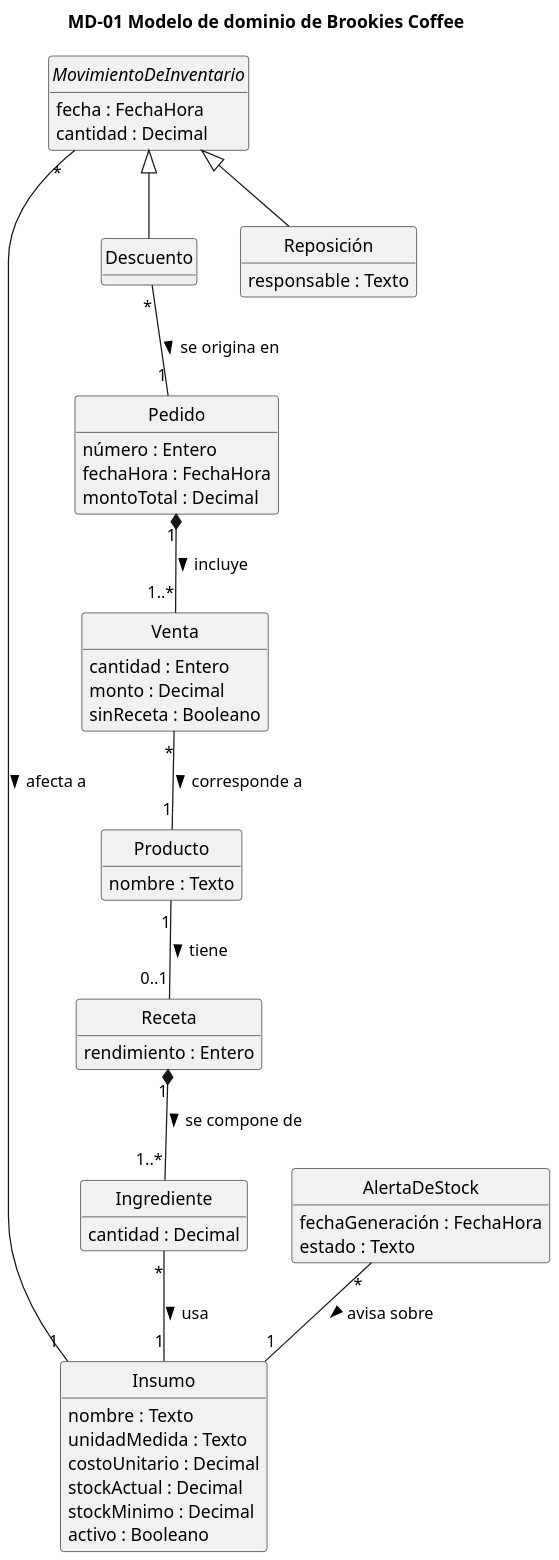
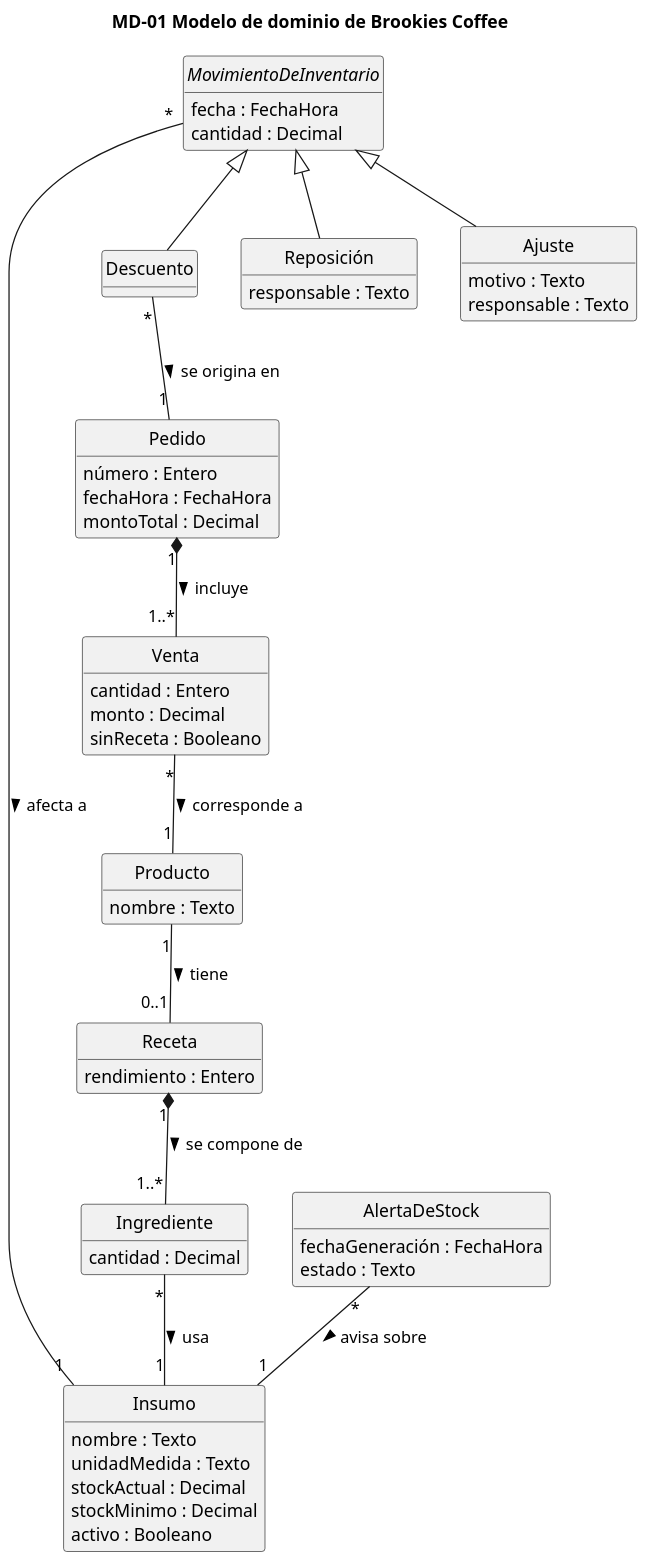
One commit to lambtto/Gestor-Inventario-Brookie changed the diagram in diagramas/modelo-dominio.puml. Above: the diagram before and after it, drawn with PlantUML. The commit also changed 21 other files, not shown here.

First line of the commit message:
Validación HU-06: editar/reactivar insumos, nombre y costo CLP, ventana emergente; nueva HU-07 Ajustar stock

```diff
--- a/diagramas/modelo-dominio.puml
+++ b/diagramas/modelo-dominio.puml
@@ -1,58 +1,63 @@
 @startuml modelo-dominio
 title MD-01 Modelo de dominio de Brookies Coffee
 skinparam dpi 140
 skinparam classAttributeIconSize 0
 hide circle
 hide methods
 
 class Producto {
   nombre : Texto
 }
 class Receta {
   rendimiento : Entero
 }
 class Ingrediente {
   cantidad : Decimal
 }
 class Insumo {
   nombre : Texto
   unidadMedida : Texto
-  costoUnitario : Decimal
+  costoUnitario : Entero (CLP)
   stockActual : Decimal
   stockMinimo : Decimal
   activo : Booleano
 }
 class Pedido {
   número : Entero
   fechaHora : FechaHora
   montoTotal : Decimal
 }
 class Venta {
   cantidad : Entero
   monto : Decimal
   sinReceta : Booleano
 }
 abstract class MovimientoDeInventario {
   fecha : FechaHora
   cantidad : Decimal
 }
 class Descuento
 class Reposición {
   responsable : Texto
 }
+class Ajuste {
+  motivo : Texto
+  responsable : Texto
+}
 class AlertaDeStock {
   fechaGeneración : FechaHora
   estado : Texto
 }
 
 Producto "1" -- "0..1" Receta : tiene >
 Receta "1" *-- "1..*" Ingrediente : se compone de >
 Ingrediente "*" -- "1" Insumo : usa >
 Pedido "1" *-- "1..*" Venta : incluye >
 Venta "*" -- "1" Producto : corresponde a >
 MovimientoDeInventario "*" -- "1" Insumo : afecta a >
 Descuento "*" -- "1" Pedido : se origina en >
 AlertaDeStock "*" -- "1" Insumo : avisa sobre >
 MovimientoDeInventario <|-- Descuento
 MovimientoDeInventario <|-- Reposición
+MovimientoDeInventario <|-- Ajuste
 @enduml
```
